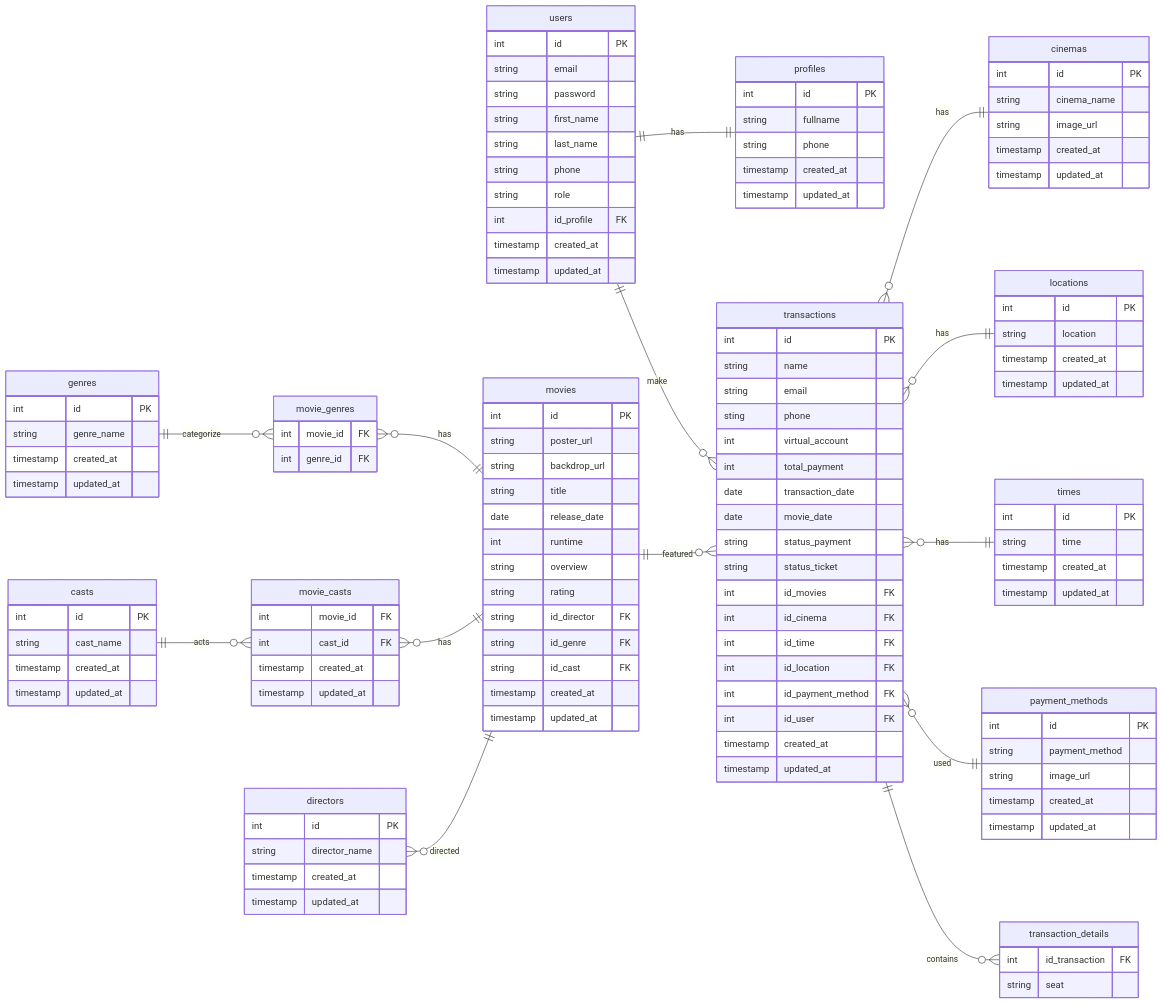
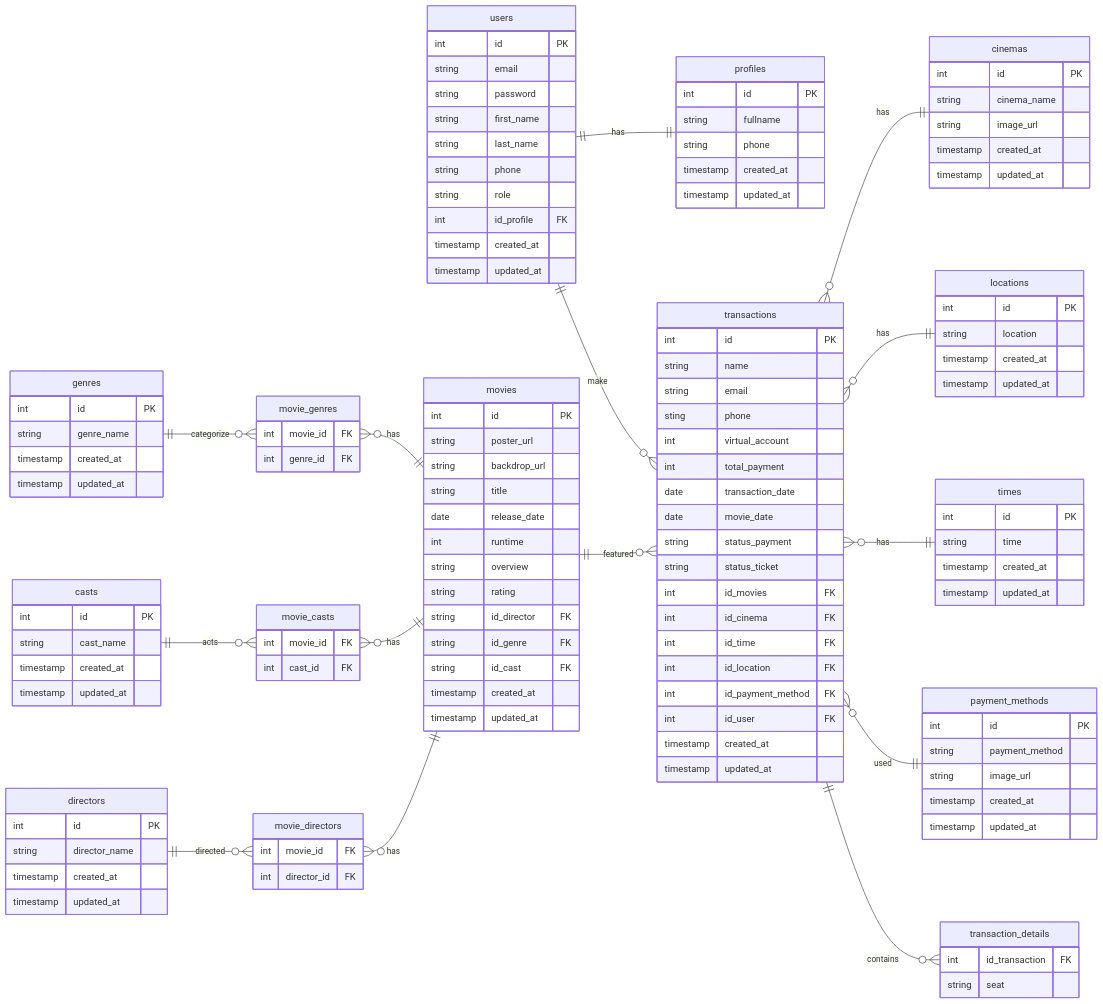
One commit to yusufbahtiarr/fgo24-be-tickitz changed the diagram in readme.md. Above: the diagram before and after it, drawn with Mermaid.

Commit message:
docs(erd): update ERD to include movie_directors table

```diff
--- a/readme.md
+++ b/readme.md
@@ -17,7 +17,8 @@
   movies ||--o{ transactions : featured
   movie_casts }o--||  movies  : has
   casts ||--o{ movie_casts : acts
-  directors }o--|| movies : directed
+  directors ||--o{ movie_directors : directed
+  movie_directors }o--||  movies  : has
 
 
   users {
@@ -59,9 +60,7 @@
   movie_casts {
     int movie_id FK
     int cast_id FK
-    timestamp created_at
-    timestamp updated_at
-}
+  }
   casts {
     int id PK
     string cast_name
@@ -73,6 +72,10 @@
     string director_name
     timestamp created_at
     timestamp updated_at
+  }
+  movie_directors {
+    int movie_id FK
+    int director_id FK
   }
 
   genres {
```
